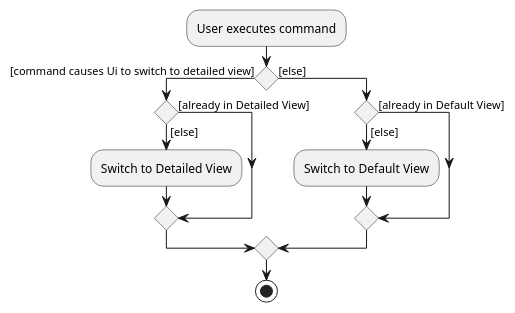
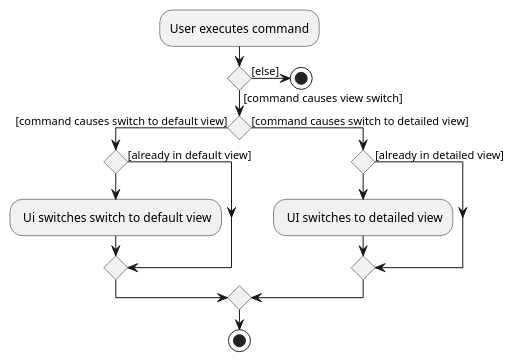
The diagram in docs/diagrams/ViewSwitchingActivityDiagram.puml (pennhanlee/tp), drawn with PlantUML before and after one commit. The commit also changed 6 other files, not shown here.

```diff
--- a/docs/diagrams/ViewSwitchingActivityDiagram.puml
+++ b/docs/diagrams/ViewSwitchingActivityDiagram.puml
@@ -1,16 +1,19 @@
 @startuml
 :User executes command;
 
-if () then ([command causes Ui to switch to detailed view])
-    if () then ([already in Detailed View])
-    else ([else])
-        :Switch to Detailed View;
+if () then ([command causes view switch])
+    if () then ([command causes switch to default view])
+        if () then ([already in default view])
+        else ()
+            : Ui switches switch to default view;
+        endif
+    else ([command causes switch to detailed view])
+        if () then ([already in detailed view])
+        else ()
+            : UI switches to detailed view;
+        endif
     endif
+    stop
 else ([else])
-    if () then ([already in Default View])
-    else ([else])
-        :Switch to Default View;
-    endif
-endif
 stop
 @enduml
```
